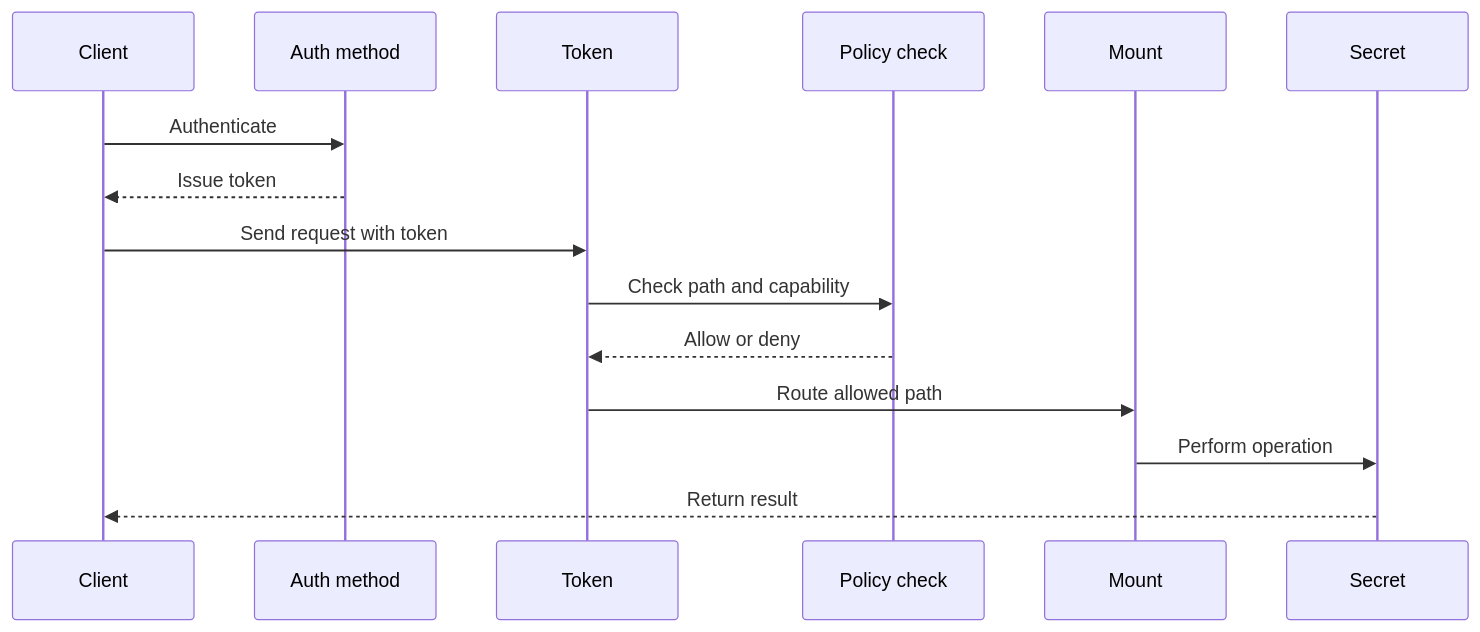
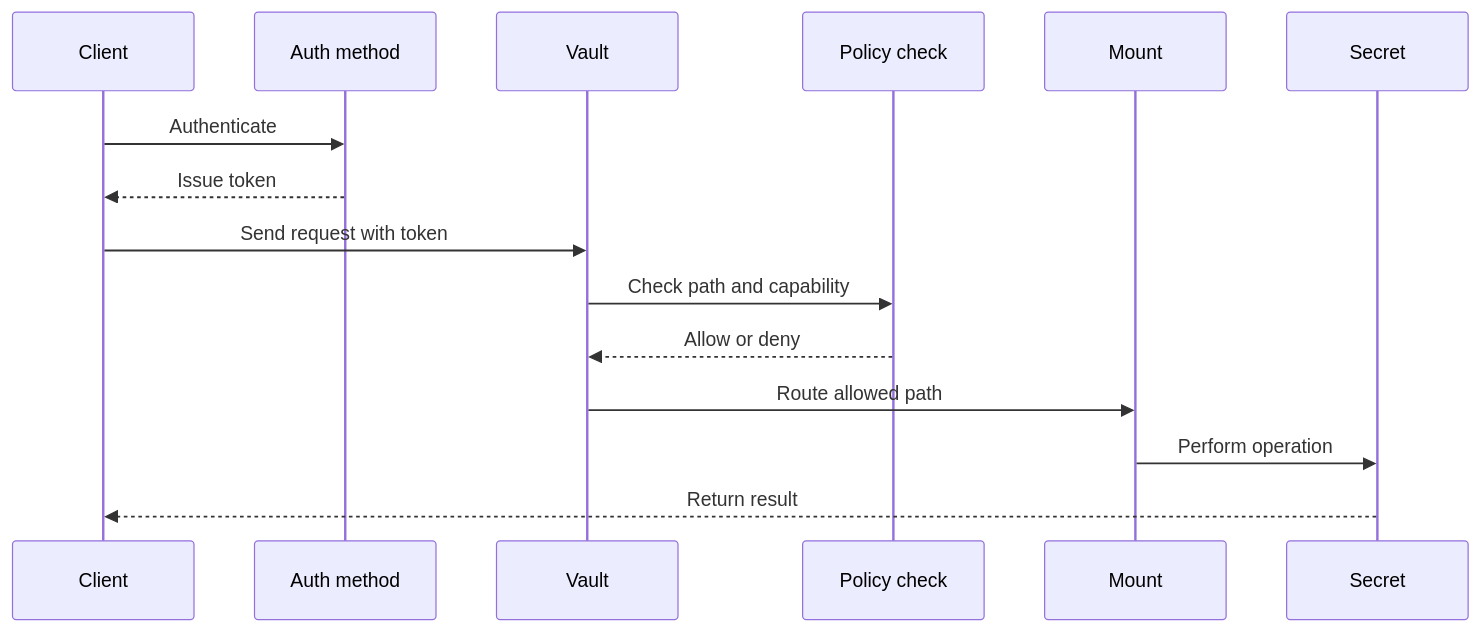
One commit to OpalBolt/Hashicorp-Katas changed the second of 4 diagrams in docs/slices/vault/00-foundations.md. Above: the diagram before and after it, drawn with Mermaid. The commit also changed other lines of this file and 2 other files, not shown here.

First line of the commit message:
fix: enable live vault diagram preview

````diff
--- a/docs/slices/vault/00-foundations.md
+++ b/docs/slices/vault/00-foundations.md
@@ -46,17 +50,17 @@
 ```mermaid
 sequenceDiagram
     participant C as Client
     participant A as Auth method
-    participant T as Token
+    participant V as Vault
     participant P as Policy check
     participant M as Mount
     participant S as Secret
     C->>A: Authenticate
     A-->>C: Issue token
-    C->>T: Send request with token
-    T->>P: Check path and capability
-    P-->>T: Allow or deny
-    T->>M: Route allowed path
+    C->>V: Send request with token
+    V->>P: Check path and capability
+    P-->>V: Allow or deny
+    V->>M: Route allowed path
     M->>S: Perform operation
     S-->>C: Return result
 ```
````
